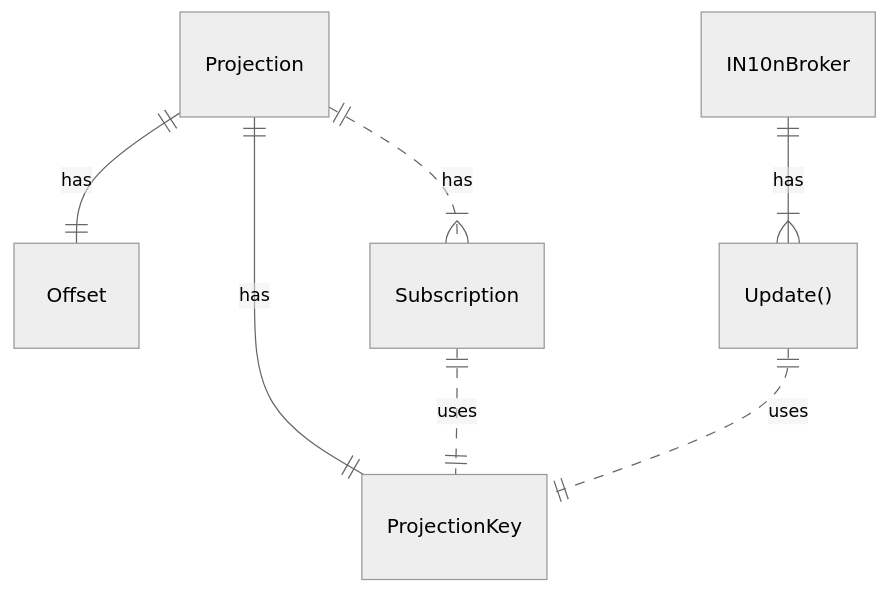
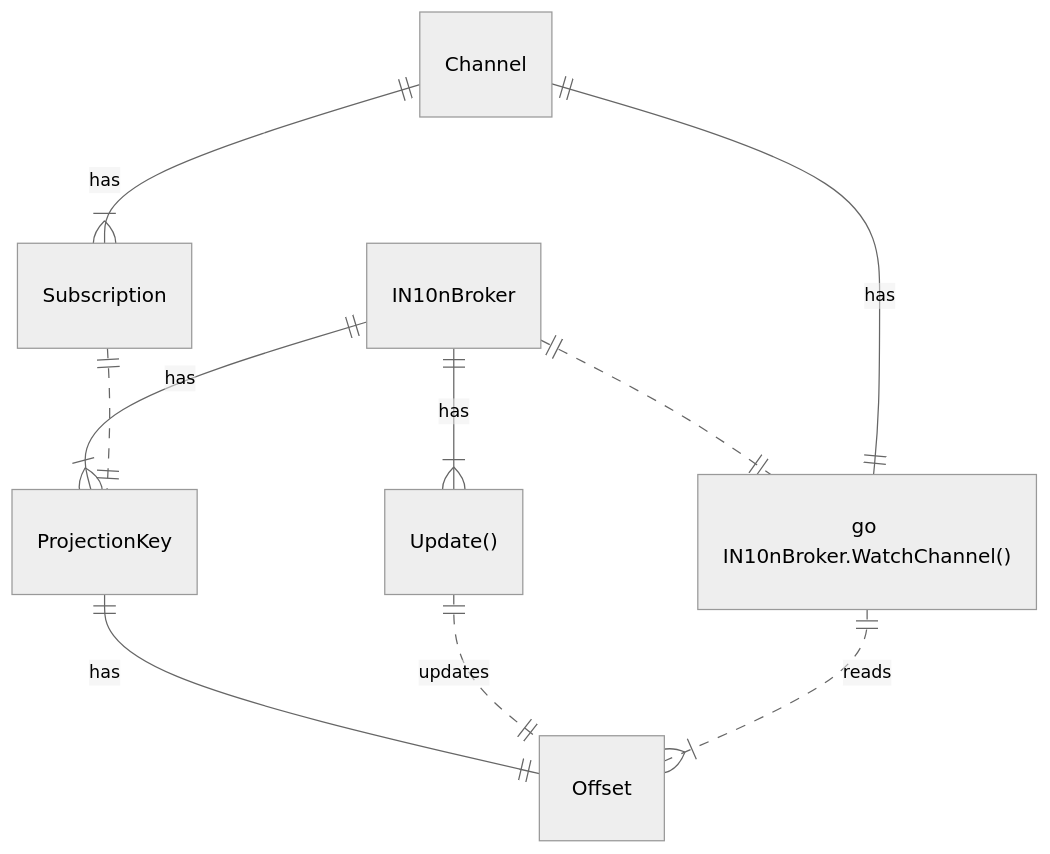
Before and after one commit to voedger/voedger: the first of 4 diagrams in pkg/in10nmem/inv/README.md, drawn with Mermaid (neutral theme).

````diff
--- a/pkg/in10nmem/inv/README.md
+++ b/pkg/in10nmem/inv/README.md
@@ -9,9 +9,17 @@
 ```mermaid
 erDiagram
-	Projection ||--|| ProjectionKey : has
-	Projection ||--|| Offset : has
-	Projection ||..|{ Subscription : has
-	Subscription ||..|| ProjectionKey : uses
 	IN10nBroker ||--|{ "Update()" : has
-	"Update()" ||..|| ProjectionKey : uses
+	IN10nBroker ||--|{ ProjectionKey : has
+	IN10nBroker ||..|| "go IN10nBroker.WatchChannel()" : ""
+
+	ProjectionKey ||--|| Offset : has
+	
+	Channel ||--|{ Subscription : has
+	Channel ||--|| "go IN10nBroker.WatchChannel()" : has
+
+	Subscription ||..|| ProjectionKey : ""
+
+	"Update()" ||..|| Offset : updates
+
+	"go IN10nBroker.WatchChannel()" ||..|{ Offset : "reads"
 ```
````
